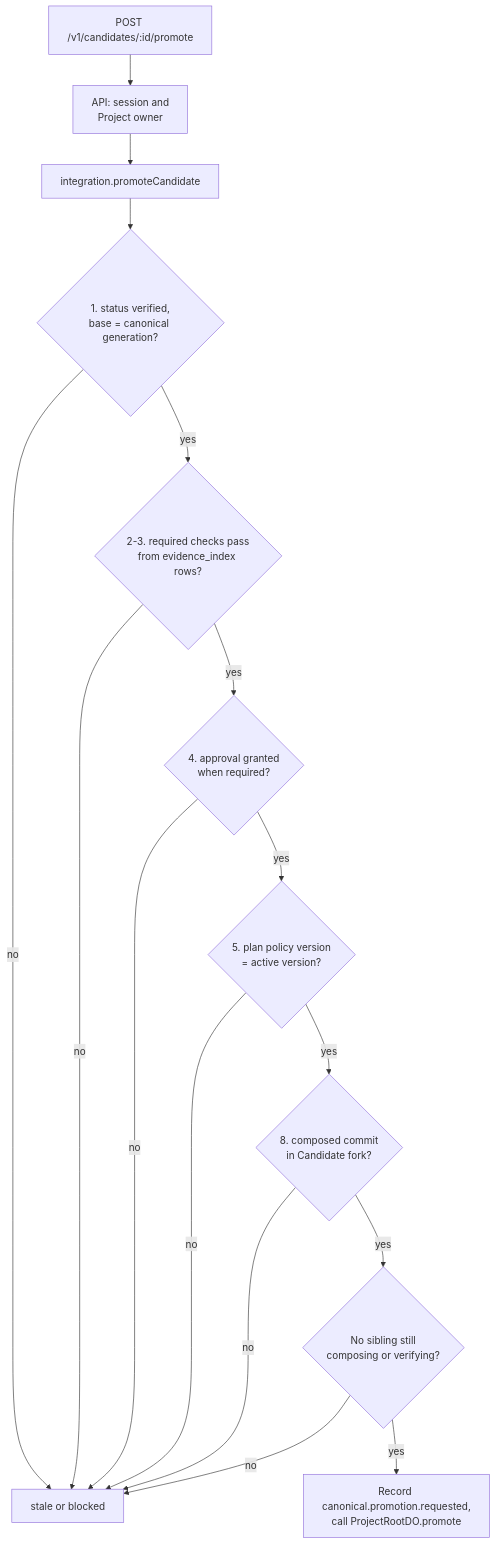
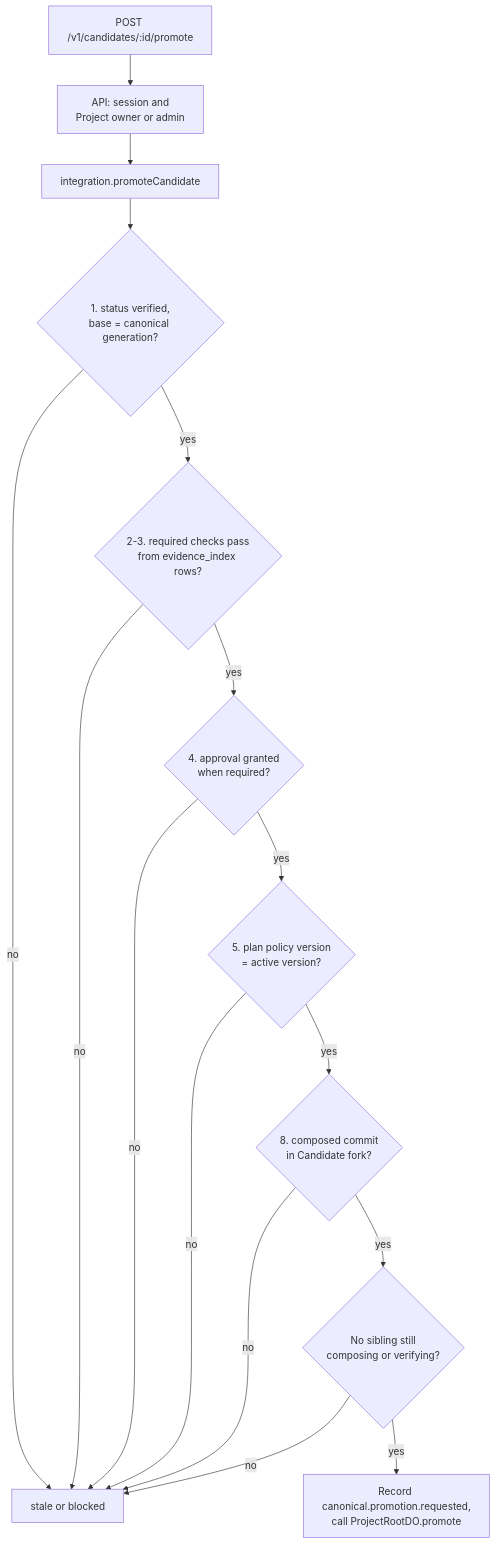
The first of 2 diagrams in docs/adr/0013-promotion-preconditions.md (nsudhanva/rhumbatron), drawn with Mermaid before and after one commit. The commit also changed other lines of this file and 50 other files, not shown here.

````diff
--- a/docs/adr/0013-promotion-preconditions.md
+++ b/docs/adr/0013-promotion-preconditions.md
@@ -110,18 +122,18 @@
 ```mermaid
 flowchart TD
-  S["POST /v1/candidates/:id/promote"] --> M["API: session and<br/>Project owner"]
+  S["POST /v1/candidates/:id/promote"] --> M["API: session and<br/>Project owner or admin"]
   M --> R["integration.promoteCandidate"]
   R --> C1{"1. status verified,<br/>base = canonical generation?"}
   C1 -- no --> X["stale or blocked"]
   C1 -- yes --> C2{"2-3. required checks pass<br/>from evidence_index rows?"}
   C2 -- no --> X
   C2 -- yes --> C4{"4. approval granted<br/>when required?"}
   C4 -- no --> X
   C4 -- yes --> C5{"5. plan policy version<br/>= active version?"}
   C5 -- no --> X
   C5 -- yes --> C8{"8. composed commit<br/>in Candidate fork?"}
   C8 -- no --> X
   C8 -- yes --> SP{"No sibling still<br/>composing or verifying?"}
   SP -- no --> X
   SP -- yes --> E["Record canonical.promotion.requested,<br/>call ProjectRootDO.promote"]
 ```
````
